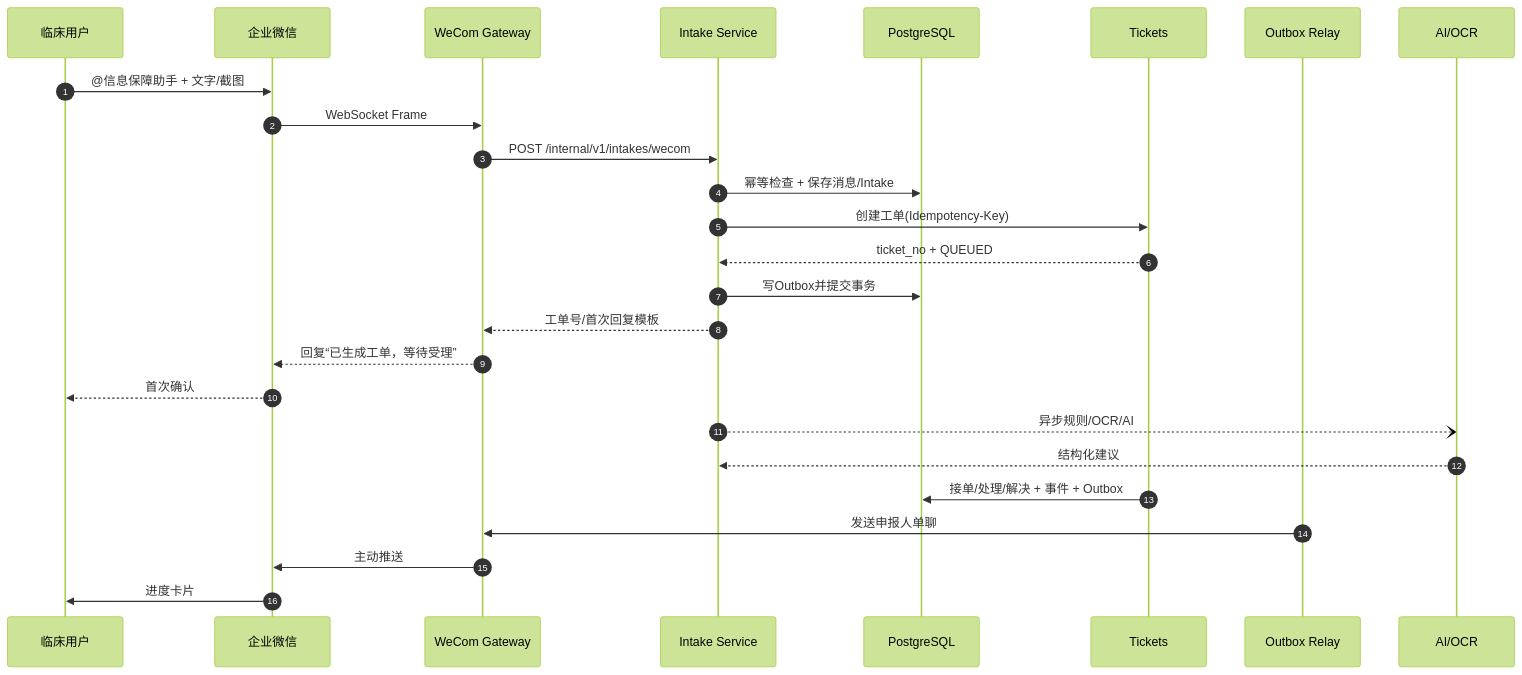
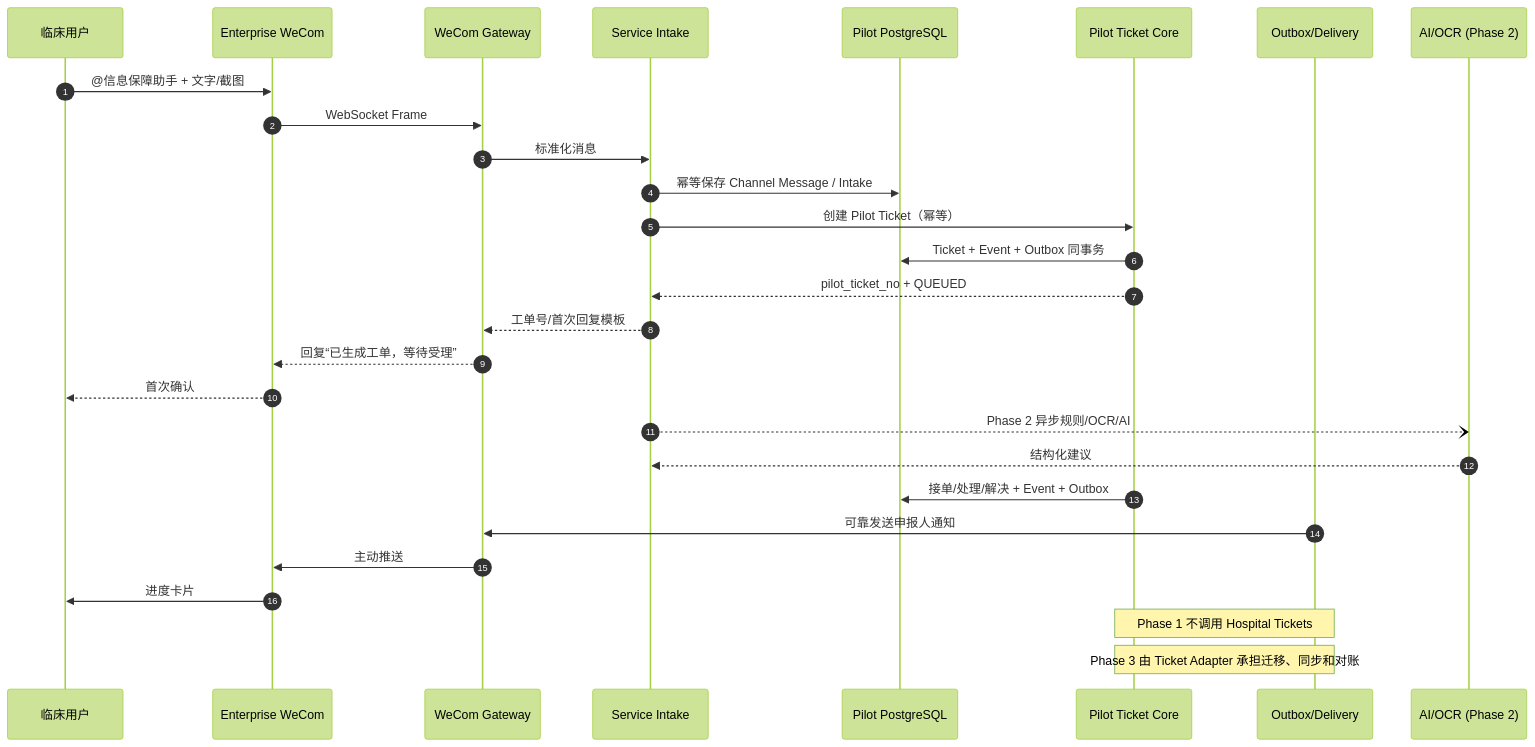
One commit to peterkis/Fault-Reporting-WeCom-Assistant changed the diagram in architecture/message_sequence.mmd. Above: the diagram before and after it, drawn with Mermaid (forest theme). The commit also changed 76 other files, not shown here.

Commit message:
Architecture Baseline refactor

```diff
--- a/architecture/message_sequence.mmd
+++ b/architecture/message_sequence.mmd
@@ -1,27 +1,30 @@
 sequenceDiagram
     autonumber
     participant U as 临床用户
-    participant W as 企业微信
+    participant W as Enterprise WeCom
     participant G as WeCom Gateway
-    participant I as Intake Service
-    participant DB as PostgreSQL
-    participant T as Tickets
-    participant O as Outbox Relay
-    participant A as AI/OCR
+    participant I as Service Intake
+    participant DB as Pilot PostgreSQL
+    participant P as Pilot Ticket Core
+    participant O as Outbox/Delivery
+    participant A as AI/OCR (Phase 2)
 
     U->>W: @信息保障助手 + 文字/截图
     W->>G: WebSocket Frame
-    G->>I: POST /internal/v1/intakes/wecom
-    I->>DB: 幂等检查 + 保存消息/Intake
-    I->>T: 创建工单(Idempotency-Key)
-    T-->>I: ticket_no + QUEUED
-    I->>DB: 写Outbox并提交事务
+    G->>I: 标准化消息
+    I->>DB: 幂等保存 Channel Message / Intake
+    I->>P: 创建 Pilot Ticket（幂等）
+    P->>DB: Ticket + Event + Outbox 同事务
+    P-->>I: pilot_ticket_no + QUEUED
     I-->>G: 工单号/首次回复模板
     G-->>W: 回复“已生成工单，等待受理”
     W-->>U: 首次确认
-    I--)A: 异步规则/OCR/AI
+    I--)A: Phase 2 异步规则/OCR/AI
     A-->>I: 结构化建议
-    T->>DB: 接单/处理/解决 + 事件 + Outbox
-    O->>G: 发送申报人单聊
+    P->>DB: 接单/处理/解决 + Event + Outbox
+    O->>G: 可靠发送申报人通知
     G->>W: 主动推送
     W->>U: 进度卡片
+
+    Note over P,O: Phase 1 不调用 Hospital Tickets
+    Note over P,O: Phase 3 由 Ticket Adapter 承担迁移、同步和对账
```
